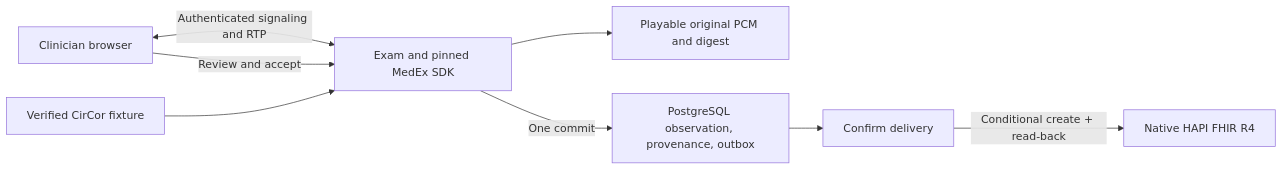
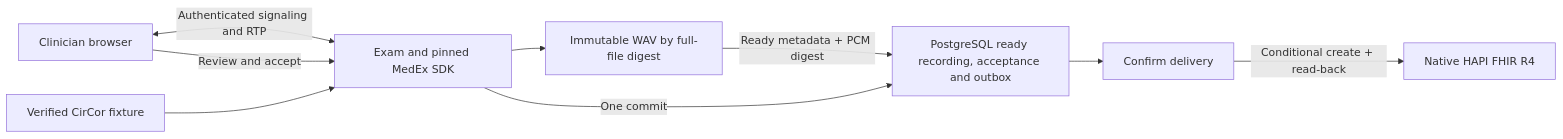
Before and after one commit to nshkrdotcom/med_fabric: the diagram in docs/architecture/browser-to-record.md, drawn with Mermaid. The commit also changed other lines of this file and 18 other files, not shown here.

````diff
--- a/docs/architecture/browser-to-record.md
+++ b/docs/architecture/browser-to-record.md
@@ -5,10 +5,11 @@
 ```mermaid
 flowchart LR
   Browser["Clinician browser"] <-->|"Authenticated signaling and RTP"| Exam["Exam and pinned MedEx SDK"]
   WAV["Verified CirCor fixture"] --> Exam
-  Exam --> Artifact["Playable original PCM and digest"]
+  Exam --> Artifact["Immutable WAV by full-file digest"]
+  Artifact -->|"Ready metadata + PCM digest"| PG
   Browser -->|"Review and accept"| Exam
-  Exam -->|"One commit"| PG["PostgreSQL observation, provenance, outbox"]
+  Exam -->|"One commit"| PG["PostgreSQL ready recording, acceptance and outbox"]
   PG --> Export["Confirm delivery"]
   Export -->|"Conditional create + read-back"| HAPI["Native HAPI FHIR R4"]
 ```
````
